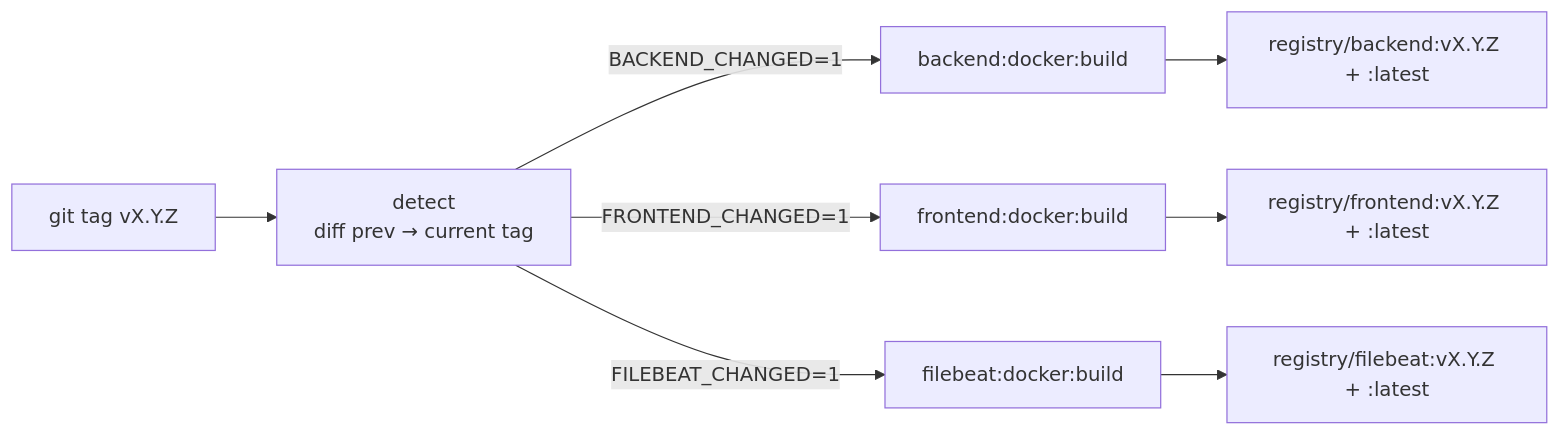
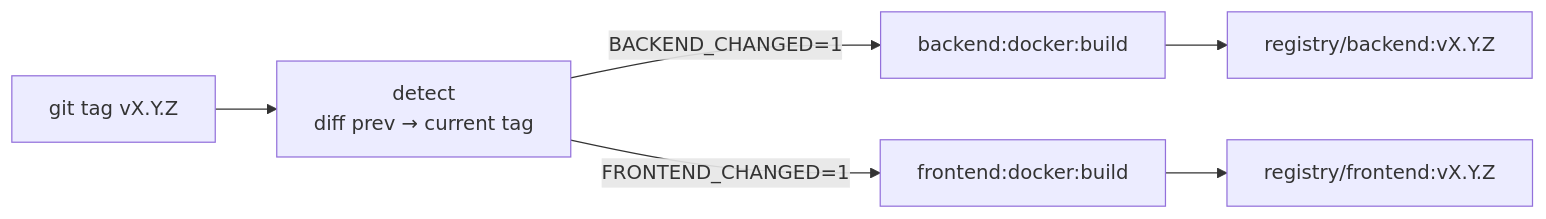
The fifth of 7 diagrams in WORKFLOW.md (OpenClawXX/Zabbix_Portal), drawn with Mermaid before and after one commit. The commit also changed other lines of this file and 47 other files, not shown here.

Commit message:
added more functionality: graphs, notification,metrics, ect

````diff
--- a/WORKFLOW.md
+++ b/WORKFLOW.md
@@ -224,10 +238,8 @@
 ```mermaid
 flowchart LR
     Tag["git tag vX.Y.Z"] --> Detect["detect\ndiff prev → current tag"]
     Detect -- "BACKEND_CHANGED=1" --> BBuild["backend:docker:build"]
     Detect -- "FRONTEND_CHANGED=1" --> FBuild["frontend:docker:build"]
-    Detect -- "FILEBEAT_CHANGED=1" --> EBuild["filebeat:docker:build"]
-    BBuild --> BReg["registry/backend:vX.Y.Z + :latest"]
-    FBuild --> FReg["registry/frontend:vX.Y.Z + :latest"]
-    EBuild --> EReg["registry/filebeat:vX.Y.Z + :latest"]
+    BBuild --> BReg["registry/backend:vX.Y.Z"]
+    FBuild --> FReg["registry/frontend:vX.Y.Z"]
 ```
````
